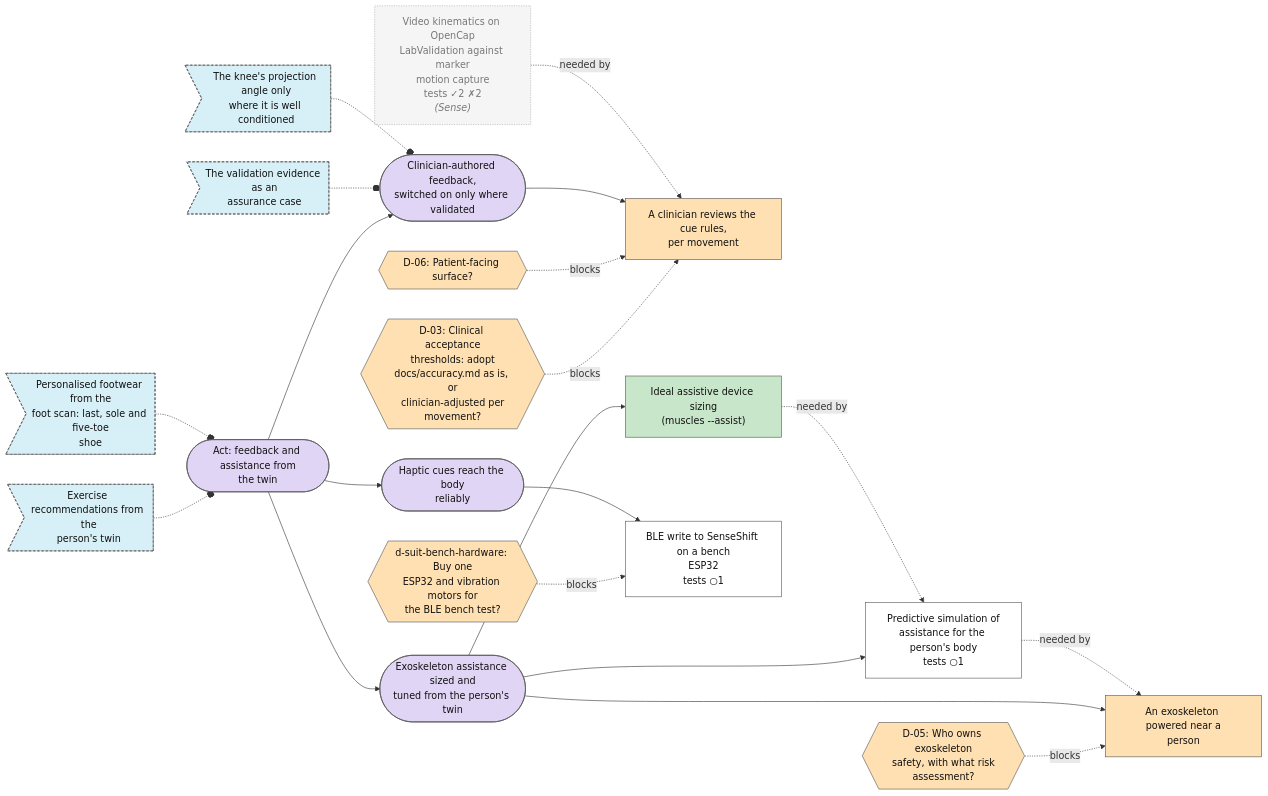
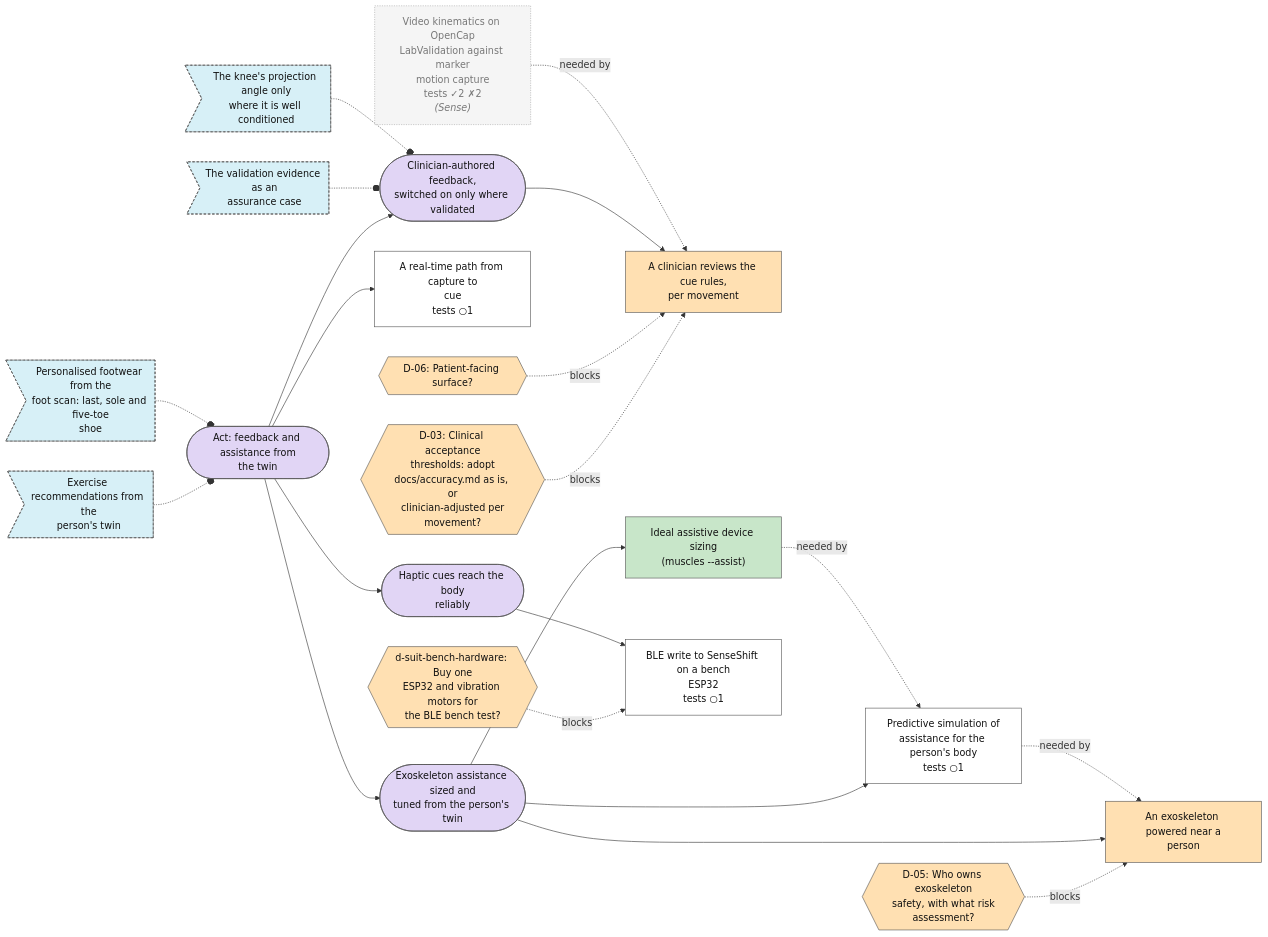
One commit to Sigurius23/Rehab-agent changed the sixth of 7 diagrams in plan/MAP.md. Above: the diagram before and after it, drawn with Mermaid. The commit also changed other lines of this file and 14 other files, not shown here.

````diff
--- a/plan/MAP.md
+++ b/plan/MAP.md
@@ -360,59 +364,61 @@
 ```mermaid
 flowchart LR
   n0{{"D-03: Clinical acceptance<br/>thresholds: adopt<br/>docs/accuracy.md as is, or<br/>clinician-adjusted per<br/>movement?"}}:::decision_open
   n1{{"D-05: Who owns exoskeleton<br/>safety, with what risk<br/>assessment?"}}:::decision_open
   n2{{"D-06: Patient-facing surface?"}}:::decision_open
-  n3["A clinician reviews the cue rules,<br/>per movement"]:::step_blocked
-  n4{{"d-suit-bench-hardware: Buy one<br/>ESP32 and vibration motors for<br/>the BLE bench test?"}}:::decision_open
-  n5["Predictive simulation of<br/>assistance for the person's body<br/>tests ○1"]:::step_open
-  n6["An exoskeleton powered near a<br/>person"]:::step_blocked
-  n7["Ideal assistive device sizing<br/>(muscles --assist)"]:::step_done
-  n8(["Clinician-authored feedback,<br/>switched on only where validated"]):::goal_open
-  n9(["Exoskeleton assistance sized and<br/>tuned from the person's twin"]):::goal_open
-  n10(["Haptic cues reach the body<br/>reliably"]):::goal_open
-  n11>"The validation evidence as an<br/>assurance case"]:::idea_new
-  n12>"Exercise recommendations from the<br/>person's twin"]:::idea_new
-  n13>"The knee's projection angle only<br/>where it is well conditioned"]:::idea_new
-  n14>"Personalised footwear from the<br/>foot scan: last, sole and five-toe<br/>shoe"]:::idea_new
-  n15(["Act: feedback and assistance from<br/>the twin"]):::goal_open
-  n16["BLE write to SenseShift on a bench<br/>ESP32<br/>tests ○1"]:::step_open
-  n17["Video kinematics on OpenCap<br/>LabValidation against marker<br/>motion capture<br/>tests ✓2 ✗2<br/><i>(Sense)</i>"]:::external
-  n0 -. blocks .-> n3
-  n1 -. blocks .-> n6
-  n2 -. blocks .-> n3
-  n8 --> n3
-  n17 -. needed by .-> n3
-  n4 -. blocks .-> n16
-  n9 --> n5
-  n7 -. needed by .-> n5
-  n9 --> n6
-  n5 -. needed by .-> n6
-  n9 --> n7
-  n15 --> n8
-  n15 --> n9
-  n15 --> n10
-  n11 -.-o n8
-  n12 -.-o n15
-  n13 -.-o n8
-  n14 -.-o n15
-  n10 --> n16
+  n3["A real-time path from capture to<br/>cue<br/>tests ○1"]:::step_open
+  n4["A clinician reviews the cue rules,<br/>per movement"]:::step_blocked
+  n5{{"d-suit-bench-hardware: Buy one<br/>ESP32 and vibration motors for<br/>the BLE bench test?"}}:::decision_open
+  n6["Predictive simulation of<br/>assistance for the person's body<br/>tests ○1"]:::step_open
+  n7["An exoskeleton powered near a<br/>person"]:::step_blocked
+  n8["Ideal assistive device sizing<br/>(muscles --assist)"]:::step_done
+  n9(["Clinician-authored feedback,<br/>switched on only where validated"]):::goal_open
+  n10(["Exoskeleton assistance sized and<br/>tuned from the person's twin"]):::goal_open
+  n11(["Haptic cues reach the body<br/>reliably"]):::goal_open
+  n12>"The validation evidence as an<br/>assurance case"]:::idea_new
+  n13>"Exercise recommendations from the<br/>person's twin"]:::idea_new
+  n14>"The knee's projection angle only<br/>where it is well conditioned"]:::idea_new
+  n15>"Personalised footwear from the<br/>foot scan: last, sole and five-toe<br/>shoe"]:::idea_new
+  n16(["Act: feedback and assistance from<br/>the twin"]):::goal_open
+  n17["BLE write to SenseShift on a bench<br/>ESP32<br/>tests ○1"]:::step_open
+  n18["Video kinematics on OpenCap<br/>LabValidation against marker<br/>motion capture<br/>tests ✓2 ✗2<br/><i>(Sense)</i>"]:::external
+  n0 -. blocks .-> n4
+  n1 -. blocks .-> n7
+  n2 -. blocks .-> n4
+  n16 --> n3
+  n9 --> n4
+  n18 -. needed by .-> n4
+  n5 -. blocks .-> n17
+  n10 --> n6
+  n8 -. needed by .-> n6
+  n10 --> n7
+  n6 -. needed by .-> n7
+  n10 --> n8
+  n16 --> n9
+  n16 --> n10
+  n16 --> n11
+  n12 -.-o n9
+  n13 -.-o n16
+  n14 -.-o n9
+  n15 -.-o n16
+  n11 --> n17
   classDef goal_open fill:#e1d5f5,stroke:#555,color:#111
   classDef goal_done fill:#c8e6c9,stroke:#555,color:#111
   classDef step_open fill:#ffffff,stroke:#555,color:#111
   classDef step_doing fill:#fff3c4,stroke:#555,color:#111
   classDef step_done fill:#c8e6c9,stroke:#555,color:#111
   classDef step_blocked fill:#ffe0b2,stroke:#555,color:#111
   classDef step_dropped fill:#eeeeee,stroke:#555,color:#111
   classDef test_planned fill:#ffffff,stroke:#555,color:#111
   classDef test_running fill:#fff3c4,stroke:#555,color:#111
   classDef test_passed fill:#c8e6c9,stroke:#555,color:#111
   classDef test_failed fill:#ffcdd2,stroke:#555,color:#111
   classDef test_mixed fill:#fff3c4,stroke:#555,color:#111
   classDef test_dropped fill:#eeeeee,stroke:#555,color:#111
   classDef idea_new fill:#d7f0f7,stroke:#555,color:#111,stroke-dasharray: 4 3
   classDef idea_promoted fill:#eeeeee,stroke:#555,color:#111,stroke-dasharray: 4 3
   classDef idea_dropped fill:#eeeeee,stroke:#555,color:#111,stroke-dasharray: 4 3
   classDef decision_open fill:#ffe0b2,stroke:#555,color:#111
   classDef decision_decided fill:#ffe0b2,stroke:#555,color:#111
   classDef external fill:#f5f5f5,stroke:#aaa,color:#777,stroke-dasharray: 2 2
 ```
````
